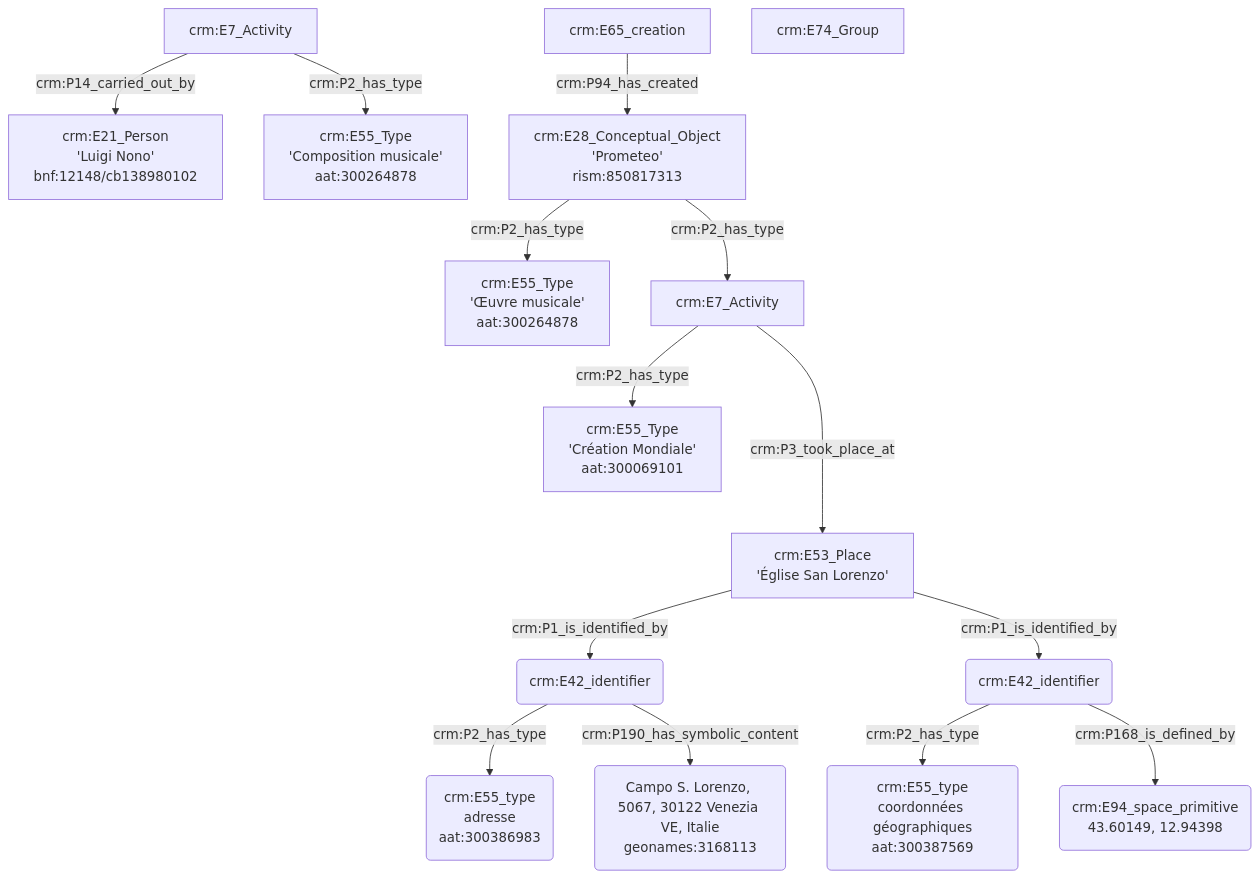
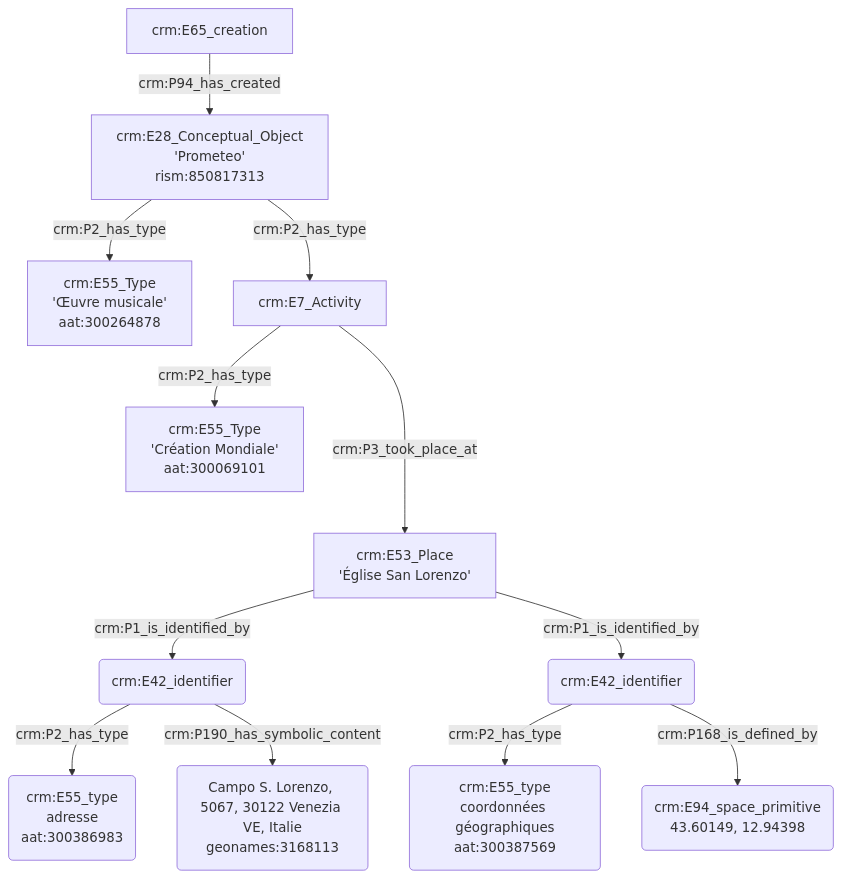
One commit to GusBraud/OntoMatchGameGus changed the second of 4 diagrams in Exemple1.md. Above: the diagram before and after it, drawn with Mermaid. The commit also changed other lines of this file, not shown here.

````diff
--- a/Exemple1.md
+++ b/Exemple1.md
@@ -1,24 +10,17 @@
 ```mermaid
 graph TD;
-
-
-A[crm:E7_Activity] --> |crm:P14_carried_out_by| B[crm:E21_Person<br>'Luigi Nono'<br>bnf:12148/cb138980102]
-A[crm:E7_Activity] --> |crm:P2_has_type| C[crm:E55_Type<br>'Composition musicale'<br>aat:300264878]
 
 D[crm:E65_creation] --> |crm:P94_has_created| E[crm:E28_Conceptual_Object<br>'Prometeo'<br>rism:850817313]
 E[crm:E28_Conceptual_Object<br>'Prometeo'<br>rism:850817313] --> |crm:P2_has_type| F[crm:E55_Type<br>'Œuvre musicale'<br>aat:300264878]
 E[crm:E28_Conceptual_Object<br>'Prometeo'<br>rism:850817313] --> |crm:P2_has_type| G[crm:E7_Activity]
 G[crm:E7_Activity] --> |crm:P2_has_type| H[crm:E55_Type<br>'Création Mondiale'<br>aat:300069101]
 G[crm:E7_Activity] ---> |crm:P3_took_place_at| I[crm:E53_Place<br>'Église San Lorenzo']
 I[crm:E53_Place<br>'Église San Lorenzo'] -->|crm:P1_is_identified_by| J(crm:E42_identifier)
 J(crm:E42_identifier) --> |crm:P2_has_type| K(crm:E55_type<br>adresse<br>aat:300386983)
 J(crm:E42_identifier) --> |crm:P190_has_symbolic_content| L(Campo S. Lorenzo, 5067, 30122 Venezia VE, Italie<br>geonames:3168113)
 I[crm:E53_Place<br>'Église San Lorenzo'] --> |crm:P1_is_identified_by| M(crm:E42_identifier)
 M(crm:E42_identifier) --> |crm:P2_has_type| N(crm:E55_type<br>coordonnées géographiques<br>aat:300387569)
 M(crm:E42_identifier) --> |crm:P168_is_defined_by| O(crm:E94_space_primitive<br>43.60149, 12.94398)
 
 
-crm:E74_Group
-
-
 ```
````
